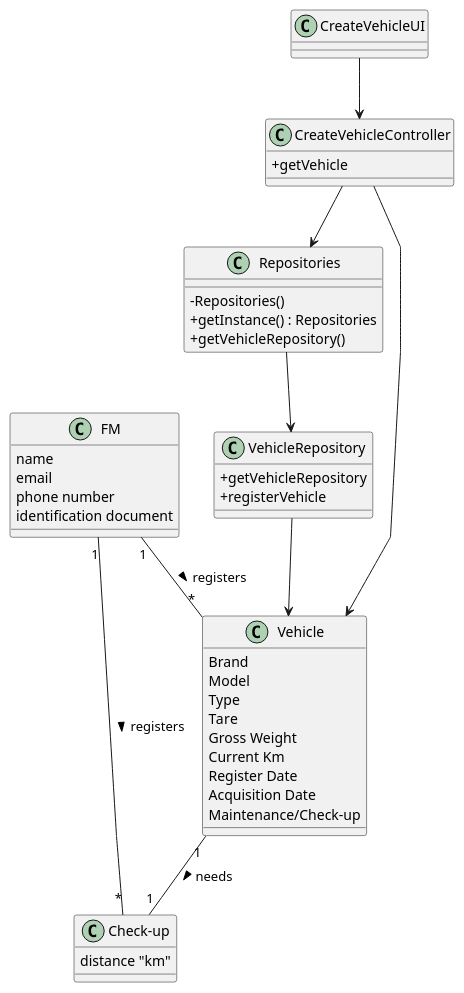
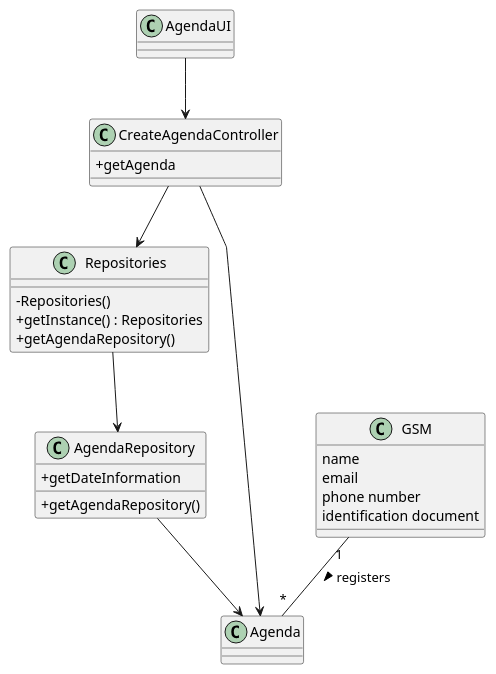
One commit to Departamento-de-Engenharia-Informatica/lei-24-s2-1dl-g121 changed the diagram in docs/sprintC/us024/03.design/puml/us024-class-diagram.puml. Above: the diagram before and after it, drawn with PlantUML. The commit also changed 2 other files, not shown here.

Commit message:
class diagram us24

```diff
--- a/docs/sprintC/us024/03.design/puml/us024-class-diagram.puml
+++ b/docs/sprintC/us024/03.design/puml/us024-class-diagram.puml
@@ -1,67 +1,57 @@
 @startuml
 'skinparam monochrome true
 skinparam packageStyle rectangle
 skinparam shadowing false
 skinparam linetype polyline
 'skinparam linetype orto
 
 skinparam classAttributeIconSize 0
 
 'left to right direction
 
 ' vehicle Repository !!!1
-class VehicleRepository{
-    +getVehicleRepository
-    +registerVehicle
+class AgendaRepository{
+    +getDateInformation
+    +getAgendaRepository()
 }
 
-class CreateVehicleUI{
+class AgendaUI{
 
 }
 
 class Repositories {
     - Repositories()
     + getInstance() : Repositories
-    + getVehicleRepository()
+    + getAgendaRepository()
 }
 
-class CreateVehicleController{
-    +getVehicle
+class CreateAgendaController{
+    +getAgenda
 
 }
 
-class FM{
+class GSM{
     name
     email
     phone number
     identification document
 }
 
 
-class Vehicle{
-    Brand
-    Model
-    Type
-    Tare
-    Gross Weight
-    Current Km
-    Register Date
-    Acquisition Date
-    Maintenance/Check-up
+class Agenda{
+
 }
 
-class Check-up{
-    distance "km"
-}
 
-CreateVehicleUI --> CreateVehicleController
-Repositories --> VehicleRepository
-CreateVehicleController --> Repositories
-VehicleRepository --> Vehicle
-CreateVehicleController --> Vehicle
-FM "1" -- "*" Vehicle : registers >
-FM "1" -- "*" "Check-up" : registers >
-Vehicle "1" -- "1" "Check-up" : needs >
+
+AgendaUI --> CreateAgendaController
+Repositories --> AgendaRepository
+CreateAgendaController --> Repositories
+AgendaRepository --> Agenda
+CreateAgendaController --> Agenda
+GSM "1" -- "*" Agenda : registers >
+
+
 
 
 @enduml
```
